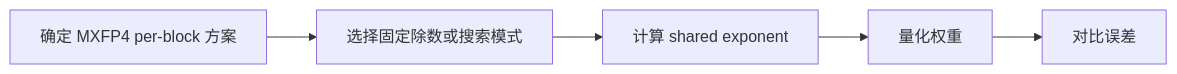
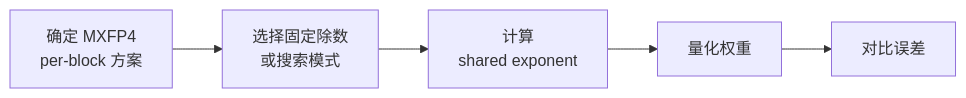
One commit to mindstudio-docs/master changed the diagram in msmodelslim/docs/zh/knowledge_base/quantization_algorithms/ceil_x/usage_ceil_x.md. Above: the diagram before and after it, drawn with Mermaid. The commit also changed other lines of this file and 235 other files, not shown here.

````diff
--- a/msmodelslim/docs/zh/knowledge_base/quantization_algorithms/ceil_x/usage_ceil_x.md
+++ b/msmodelslim/docs/zh/knowledge_base/quantization_algorithms/ceil_x/usage_ceil_x.md
@@ -24,7 +20,7 @@
 ```mermaid
 flowchart LR
-    A[确定 MXFP4 per-block 方案] --> B[选择固定除数或搜索模式]
-    B[选择固定除数或搜索模式] --> C[计算 shared exponent]
-    C[计算 shared exponent] --> D[量化权重]
-    D[量化权重] --> E[对比误差]
+    A[确定 MXFP4<br/>per-block 方案] --> B[选择固定除数<br/>或搜索模式]
+    B --> C[计算<br/>shared exponent]
+    C --> D[量化权重]
+    D --> E[对比误差]
 ```
````
